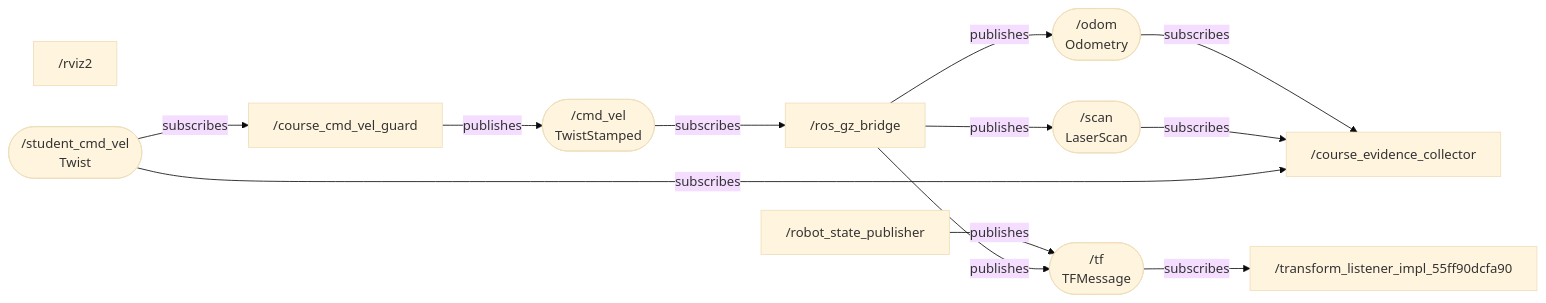
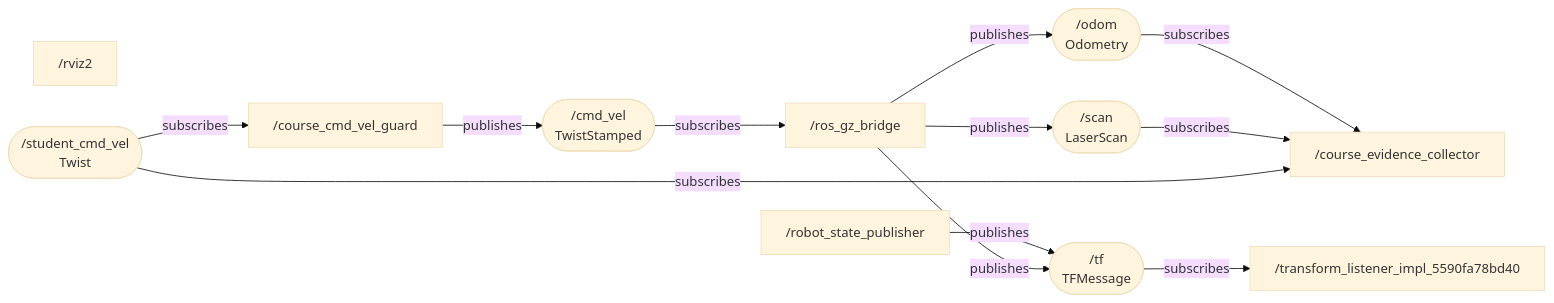
The diagram in week01_ros_foundations/student_submission/mission_1/ros_system_diagram.md (lincalvin76/robotics-fall2026), drawn with Mermaid (base theme) before and after one commit. The commit also changed 3 other files, not shown here.

````diff
--- a/week01_ros_foundations/student_submission/mission_1/ros_system_diagram.md
+++ b/week01_ros_foundations/student_submission/mission_1/ros_system_diagram.md
@@ -3,25 +3,25 @@
 ```mermaid
 flowchart LR
   n0["/course_cmd_vel_guard"]
   n1["/course_evidence_collector"]
   n2["/robot_state_publisher"]
   n3["/ros_gz_bridge"]
   n4["/rviz2"]
-  n5["/transform_listener_impl_55ff90dcfa90"]
+  n5["/transform_listener_impl_5590fa78bd40"]
   t0(["/cmd_vel<br/>TwistStamped"])
   n0 -->|publishes| t0
   t0 -->|subscribes| n3
   t1(["/odom<br/>Odometry"])
   n3 -->|publishes| t1
   t1 -->|subscribes| n1
   t2(["/scan<br/>LaserScan"])
   n3 -->|publishes| t2
   t2 -->|subscribes| n1
   t3(["/student_cmd_vel<br/>Twist"])
   t3 -->|subscribes| n0
   t3 -->|subscribes| n1
   t4(["/tf<br/>TFMessage"])
   n2 -->|publishes| t4
   n3 -->|publishes| t4
   t4 -->|subscribes| n5
 ```
````
